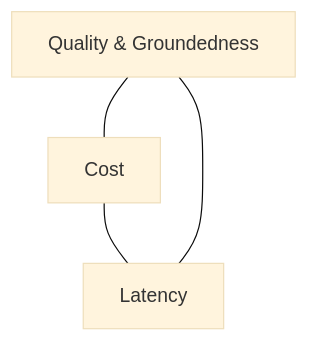
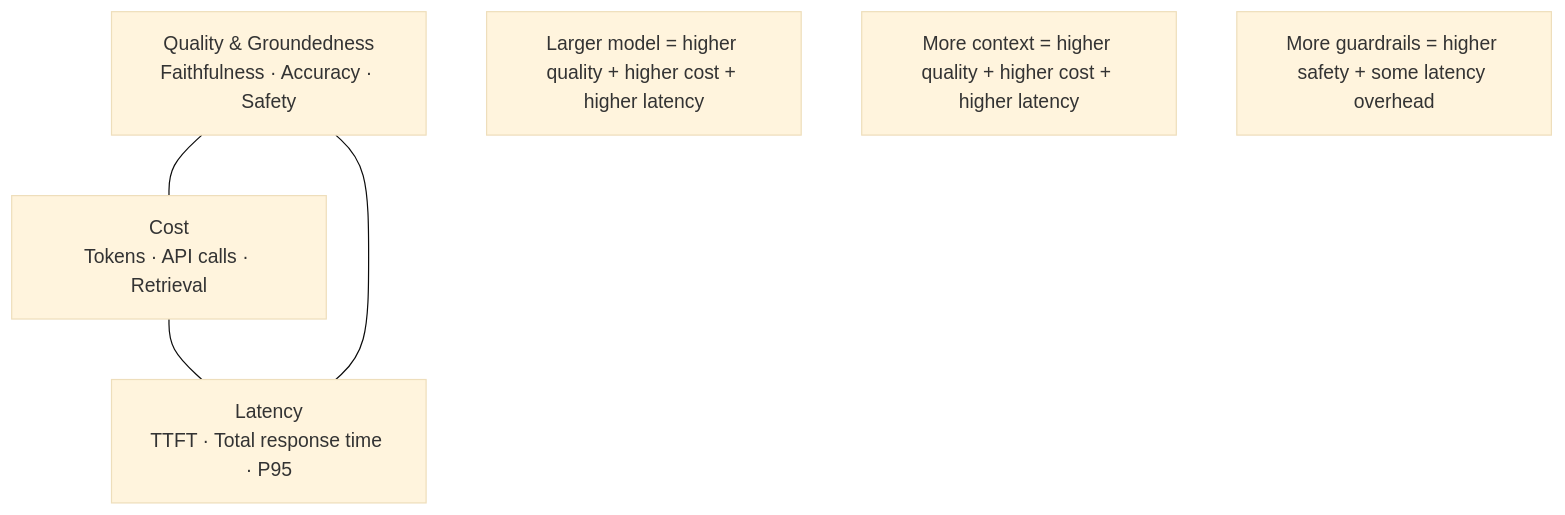
One commit to ashishpatel26/QA-For-AI-Product changed the diagram in cookbook-site/docs/10-key-takeaways.md. Above: the diagram before and after it, drawn with Mermaid (base theme). The commit also changed other lines of this file and 16 other files, not shown here.

````diff
--- a/cookbook-site/docs/10-key-takeaways.md
+++ b/cookbook-site/docs/10-key-takeaways.md
@@ -15,10 +87,14 @@
 ```mermaid
 flowchart TB
-  Q[Quality & Groundedness]
-  C[Cost]
-  L[Latency]
+  Q[Quality & Groundedness\nFaithfulness · Accuracy · Safety]
+  C[Cost\nTokens · API calls · Retrieval]
+  L[Latency\nTTFT · Total response time · P95]
 
   Q --- C
   C --- L
   L --- Q
+
+  note1[Larger model = higher quality + higher cost + higher latency]
+  note2[More context = higher quality + higher cost + higher latency]
+  note3[More guardrails = higher safety + some latency overhead]
 ```
````
